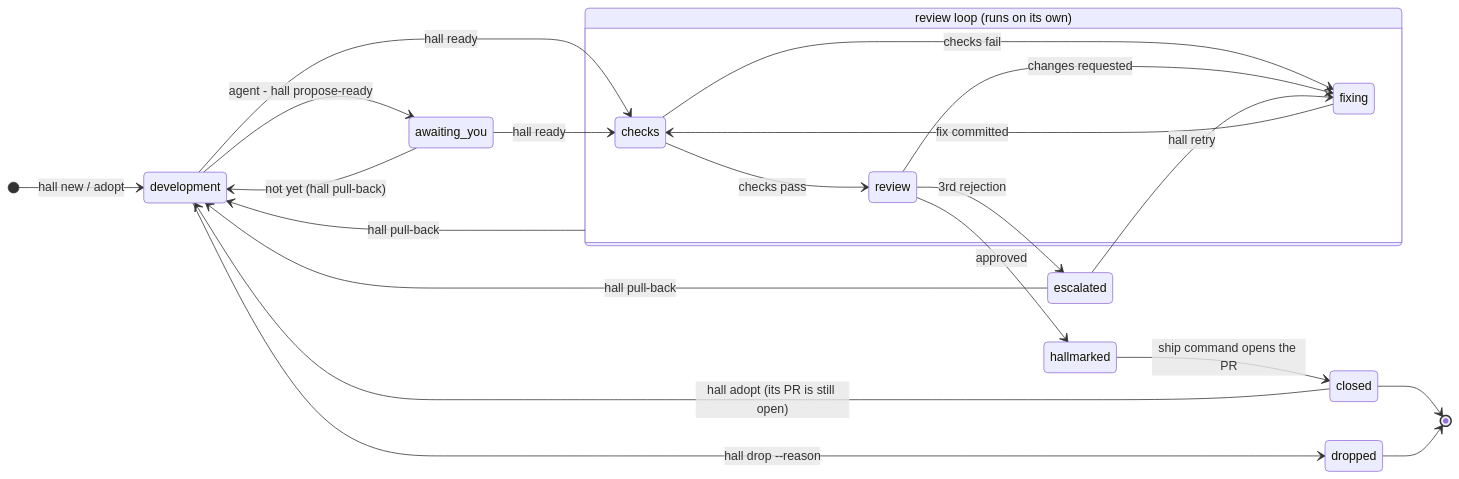
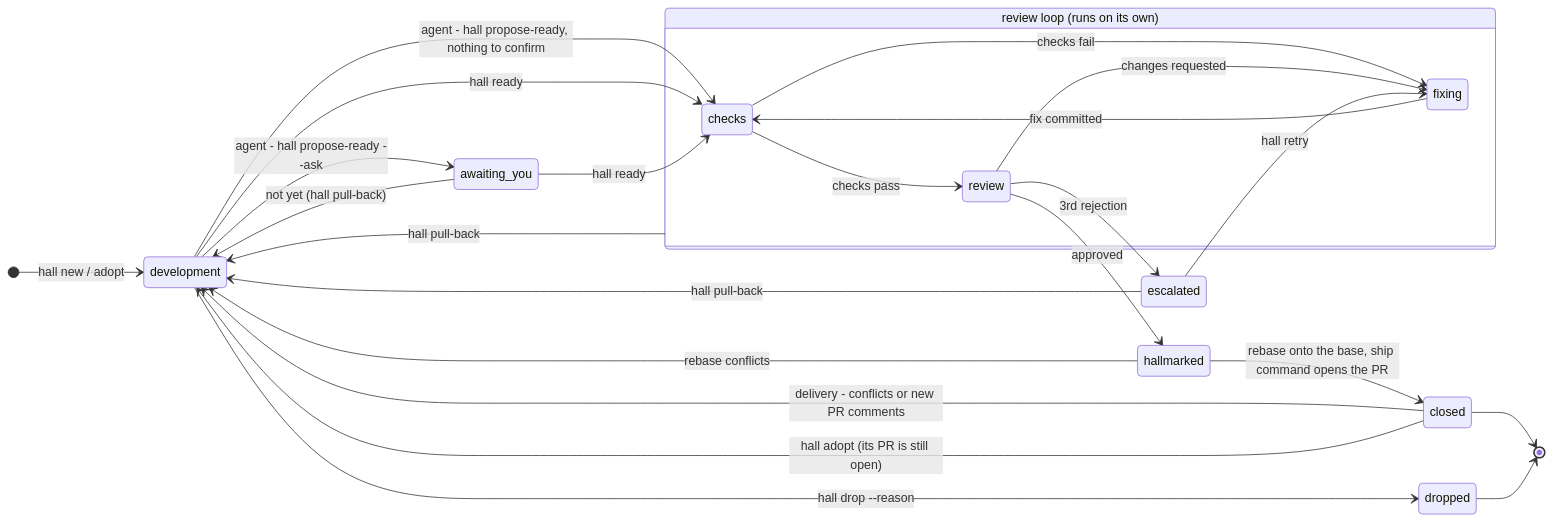
Before and after one commit to tiagocolombo/hallmark: the diagram in README.md, drawn with Mermaid. The commit also changed other lines of this file and 63 other files, not shown here.

First line of the commit message:
Delivery office, rebase before PR, scoped Hallmark rules, inbox clean (#25)

````diff
--- a/README.md
+++ b/README.md
@@ -70,25 +71,28 @@
 ```mermaid
 stateDiagram-v2
     direction LR
     [*] --> development: hall new / adopt
-    development --> awaiting_you: agent - hall propose-ready
+    development --> checks: agent - hall propose-ready, nothing to confirm
+    development --> awaiting_you: agent - hall propose-ready --ask
     awaiting_you --> development: not yet (hall pull-back)
     development --> checks: hall ready
     awaiting_you --> checks: hall ready
     state "review loop (runs on its own)" as loop {
         checks --> review: checks pass
         checks --> fixing: checks fail
         review --> fixing: changes requested
         fixing --> checks: fix committed
     }
     review --> escalated: 3rd rejection
     escalated --> fixing: hall retry
     review --> hallmarked: approved
-    hallmarked --> closed: ship command opens the PR
+    hallmarked --> closed: rebase onto the base, ship command opens the PR
+    hallmarked --> development: rebase conflicts
+    closed --> development: delivery - conflicts or new PR comments
     loop --> development: hall pull-back
     escalated --> development: hall pull-back
     development --> dropped: hall drop --reason
     closed --> development: hall adopt (its PR is still open)
     closed --> [*]
     dropped --> [*]
 ```
````
